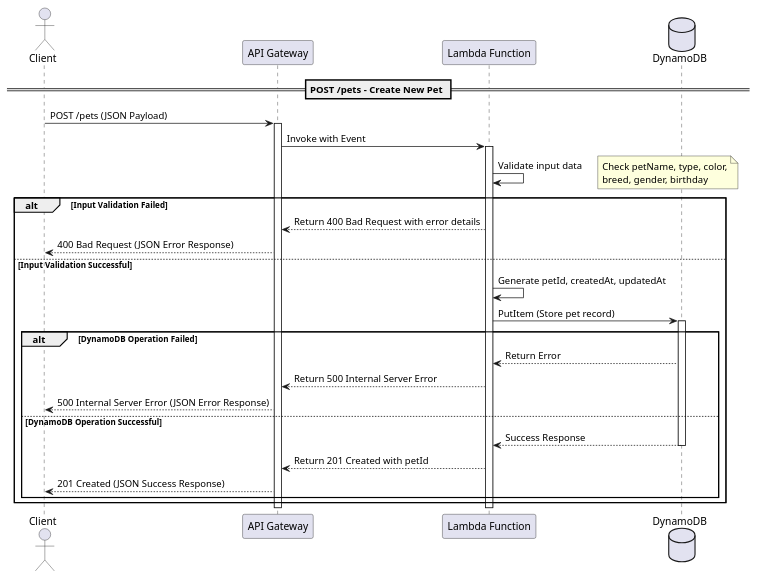
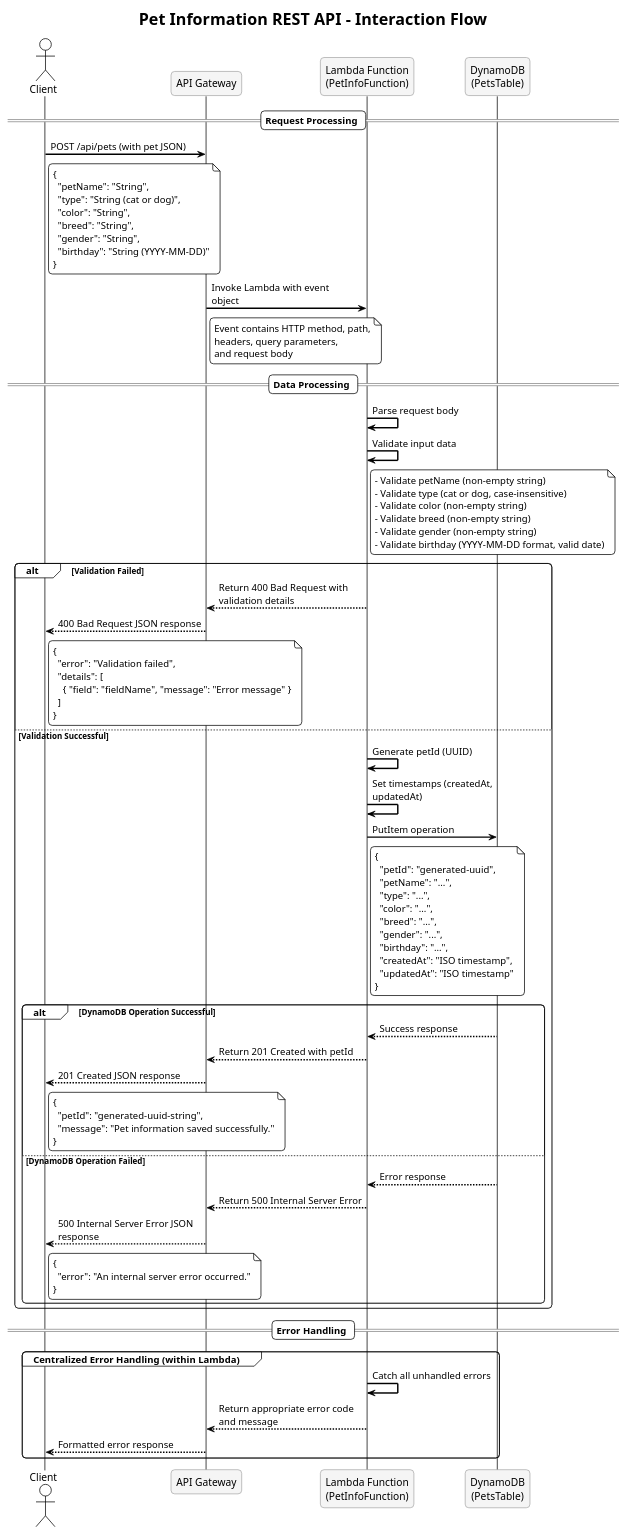
One commit to cedricsarigumba/mcp-testing changed the diagram in docs/diagrams/pet_api_sequence_diagram.puml. Above: the diagram before and after it, drawn with PlantUML.

Commit message:
Add Pet API sequence diagram showing interaction flow

```diff
--- a/docs/diagrams/pet_api_sequence_diagram.puml
+++ b/docs/diagrams/pet_api_sequence_diagram.puml
@@ -1,42 +1,115 @@
-@startuml Pet Information API Flow
+@startuml Pet Information API Sequence Diagram
+
+!theme plain
+skinparam responseMessageBelowArrow true
+skinparam sequenceArrowThickness 2
+skinparam roundcorner 10
+skinparam maxMessageSize 200
+skinparam sequenceParticipant {
+    BackgroundColor WhiteSmoke
+    BorderColor DarkGrey
+    FontColor Black
+}
+
+title Pet Information REST API - Interaction Flow
 
 actor Client
-participant "API Gateway" as API
-participant "Lambda Function" as Lambda
-database "DynamoDB" as DB
+participant "API Gateway" as APIGateway
+participant "Lambda Function\n(PetInfoFunction)" as Lambda
+participant "DynamoDB\n(PetsTable)" as DynamoDB
 
-== POST /pets - Create New Pet ==
+== Request Processing ==
 
-Client -> API: POST /pets (JSON Payload)
-activate API
+Client -> APIGateway: POST /api/pets (with pet JSON)
+note right of Client
+{
+  "petName": "String",
+  "type": "String (cat or dog)",
+  "color": "String",
+  "breed": "String",
+  "gender": "String",
+  "birthday": "String (YYYY-MM-DD)"
+}
+end note
 
-API -> Lambda: Invoke with Event
-activate Lambda
+APIGateway -> Lambda: Invoke Lambda with event object
+note right of APIGateway
+Event contains HTTP method, path,
+headers, query parameters,
+and request body
+end note
 
+== Data Processing ==
+
+Lambda -> Lambda: Parse request body
 Lambda -> Lambda: Validate input data
-note right: Check petName, type, color,\nbreed, gender, birthday
+note right of Lambda
+- Validate petName (non-empty string)
+- Validate type (cat or dog, case-insensitive)
+- Validate color (non-empty string)
+- Validate breed (non-empty string)
+- Validate gender (non-empty string)
+- Validate birthday (YYYY-MM-DD format, valid date)
+end note
 
-alt Input Validation Failed
-    Lambda --> API: Return 400 Bad Request with error details
-    API --> Client: 400 Bad Request (JSON Error Response)
-else Input Validation Successful
-    Lambda -> Lambda: Generate petId, createdAt, updatedAt
-    Lambda -> DB: PutItem (Store pet record)
-    activate DB
+alt Validation Failed
+    Lambda --> APIGateway: Return 400 Bad Request with validation details
+    APIGateway --> Client: 400 Bad Request JSON response
+    note right of Client
+    {
+      "error": "Validation failed",
+      "details": [
+        { "field": "fieldName", "message": "Error message" }
+      ]
+    }
+    end note
+else Validation Successful
+    Lambda -> Lambda: Generate petId (UUID)
+    Lambda -> Lambda: Set timestamps (createdAt, updatedAt)
 
-    alt DynamoDB Operation Failed
-        DB --> Lambda: Return Error
-        Lambda --> API: Return 500 Internal Server Error
-        API --> Client: 500 Internal Server Error (JSON Error Response)
-    else DynamoDB Operation Successful
-        DB --> Lambda: Success Response
-        deactivate DB
-        Lambda --> API: Return 201 Created with petId
-        API --> Client: 201 Created (JSON Success Response)
+    Lambda -> DynamoDB: PutItem operation
+    note right of Lambda
+    {
+      "petId": "generated-uuid",
+      "petName": "...",
+      "type": "...",
+      "color": "...",
+      "breed": "...",
+      "gender": "...",
+      "birthday": "...",
+      "createdAt": "ISO timestamp",
+      "updatedAt": "ISO timestamp"
+    }
+    end note
+
+    alt DynamoDB Operation Successful
+        DynamoDB --> Lambda: Success response
+        Lambda --> APIGateway: Return 201 Created with petId
+        APIGateway --> Client: 201 Created JSON response
+        note right of Client
+        {
+          "petId": "generated-uuid-string",
+          "message": "Pet information saved successfully."
+        }
+        end note
+    else DynamoDB Operation Failed
+        DynamoDB --> Lambda: Error response
+        Lambda --> APIGateway: Return 500 Internal Server Error
+        APIGateway --> Client: 500 Internal Server Error JSON response
+        note right of Client
+        {
+          "error": "An internal server error occurred."
+        }
+        end note
     end
 end
 
-deactivate Lambda
-deactivate API
+== Error Handling ==
+
+group Centralized Error Handling (within Lambda)
+    Lambda -> Lambda: Catch all unhandled errors
+    Lambda --> APIGateway: Return appropriate error code and message
+    APIGateway --> Client: Formatted error response
+end
 
 @enduml
```
